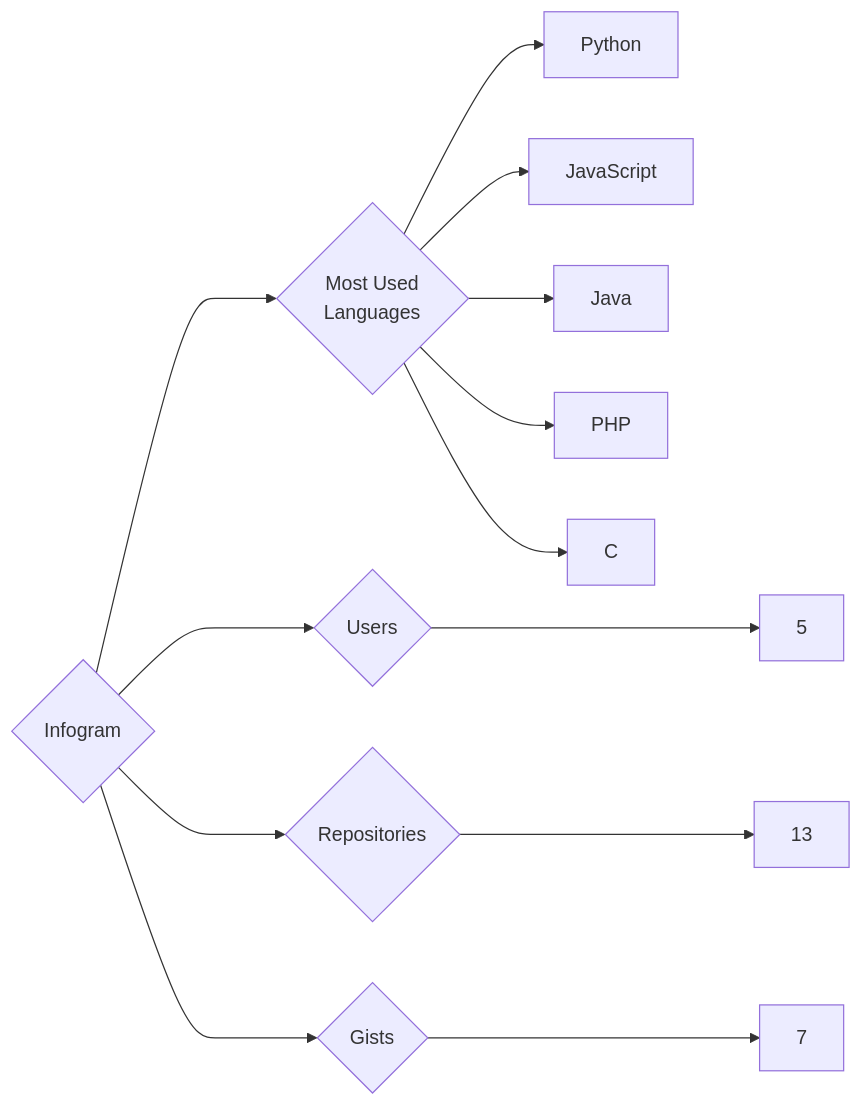
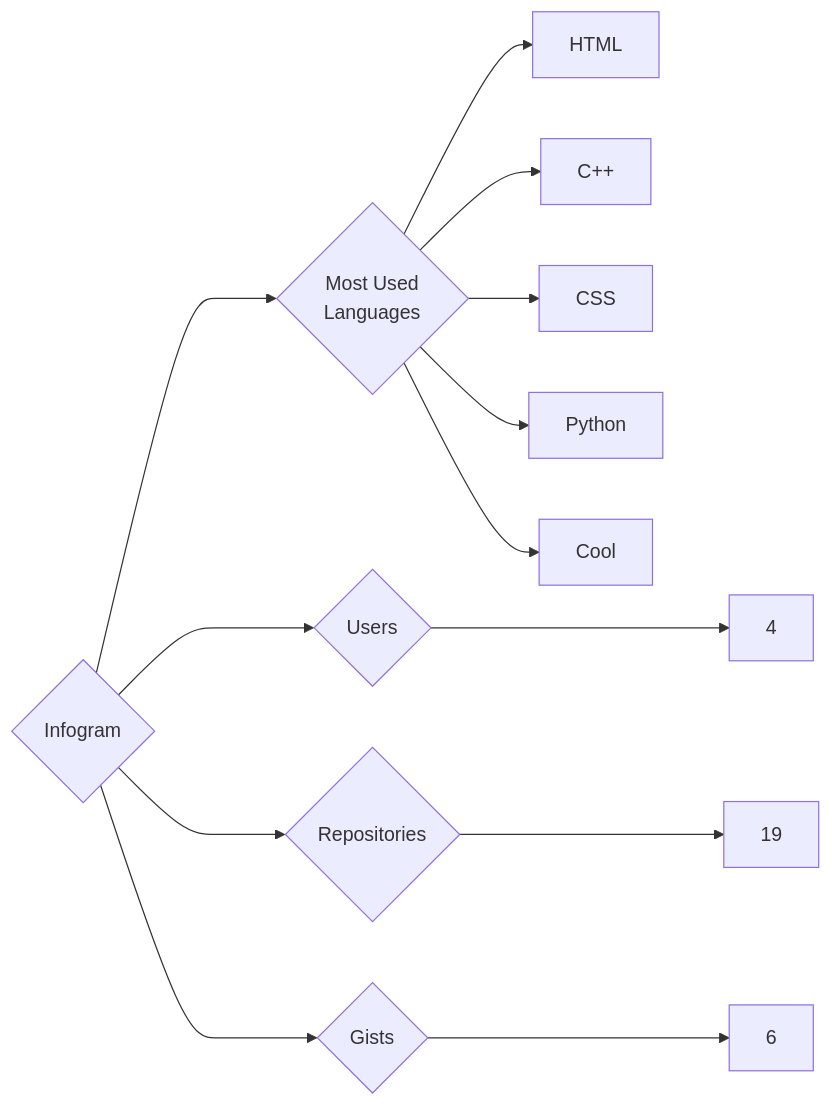
Before and after one commit to trickest/insiders: the diagram in targets/Infogram/README.md, drawn with Mermaid. The commit also changed 1120 other files, not shown here.

````diff
--- a/targets/Infogram/README.md
+++ b/targets/Infogram/README.md
@@ -3,13 +3,13 @@
 ```mermaid
 graph LR
 COMPANY_NAME{Infogram}
-COMPANY_NAME ---> U{Users} ---> UN[5]
-COMPANY_NAME ---> R{Repositories} ---> RN[13]
-COMPANY_NAME ---> G{Gists} ---> GN[7]
+COMPANY_NAME ---> U{Users} ---> UN[4]
+COMPANY_NAME ---> R{Repositories} ---> RN[19]
+COMPANY_NAME ---> G{Gists} ---> GN[6]
 COMPANY_NAME ---> ML{Most Used<br>Languages}
+ML --> HTML[HTML]
+ML --> C++[C++]
+ML --> CSS[CSS]
 ML --> Python[Python]
-ML --> JavaScript[JavaScript]
-ML --> Java[Java]
-ML --> PHP[PHP]
-ML --> C[C]
+ML --> Cool[Cool]
 ```
````
